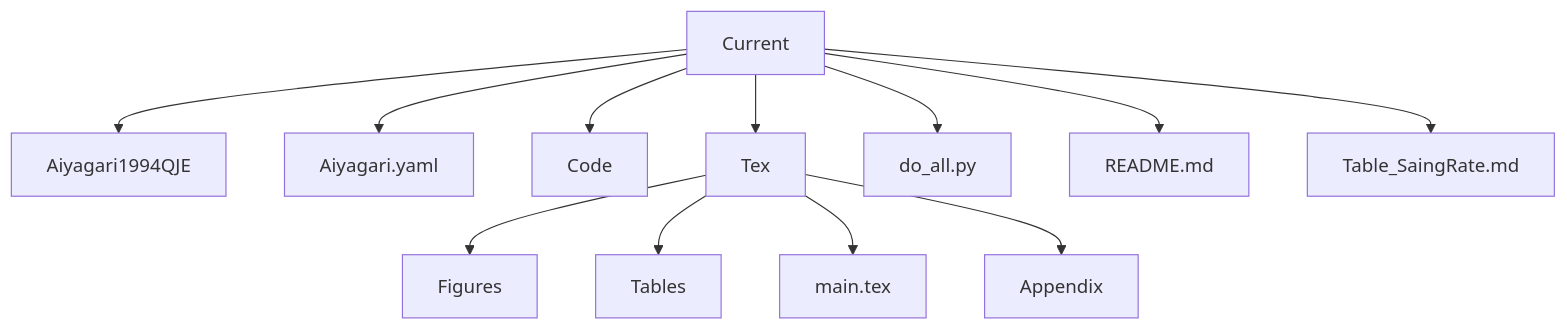
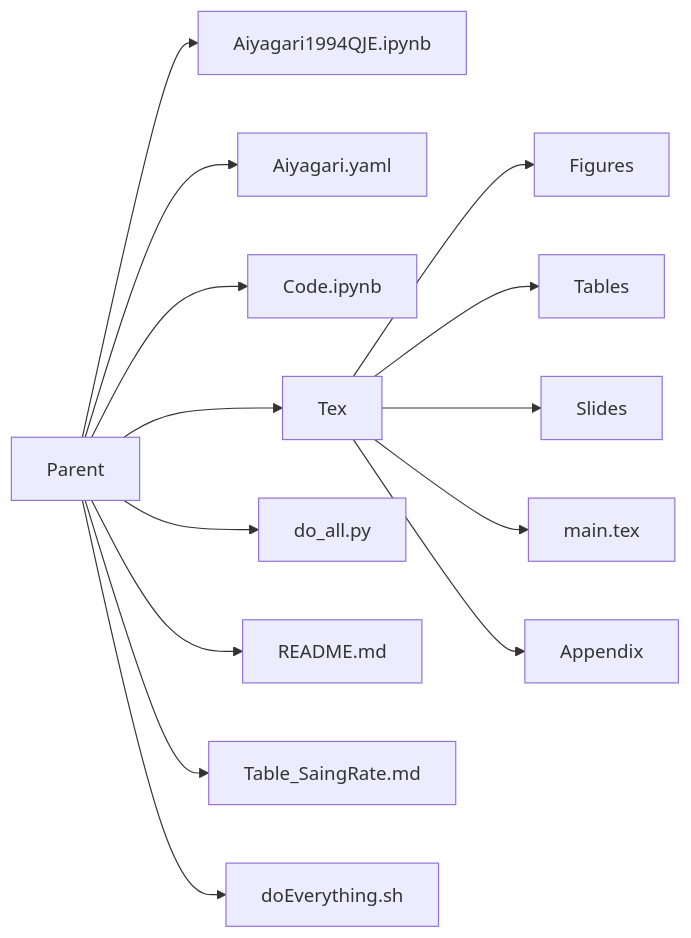
Before and after one commit to zhuang13atJHU/ballpark: the diagram in models/We-Would-Like-In-Econ-ARK/AiyagariIdiosyncratic/README.md, drawn with Mermaid. The commit also changed other lines of this file, not shown here.

````diff
--- a/models/We-Would-Like-In-Econ-ARK/AiyagariIdiosyncratic/README.md
+++ b/models/We-Would-Like-In-Econ-ARK/AiyagariIdiosyncratic/README.md
@@ -37,16 +37,18 @@
    ```mermaid
-   graph TD;
-      Current-->Aiyagari1994QJE
-      Current-->Aiyagari.yaml
-      Current-->Code
-      Current-->Tex
-      Current-->do_all.py
-      Current-->README.md
-      Current--> Table_SaingRate.md
+   graph LR;
+      Parent-->Aiyagari1994QJE.ipynb
+      Parent-->Aiyagari.yaml
+      Parent-->Code.ipynb
+      Parent-->Tex
+      Parent-->do_all.py
+      Parent-->README.md
+      Parent--> Table_SaingRate.md
+      Parent--> doEverything.sh
      
-      Tex-->Figures
-      Tex-->Tables
+      Tex--> Figures
+      Tex--> Tables
+      Tex--> Slides
       Tex--> main.tex
       Tex--> Appendix
-      
+   
    ```
````
